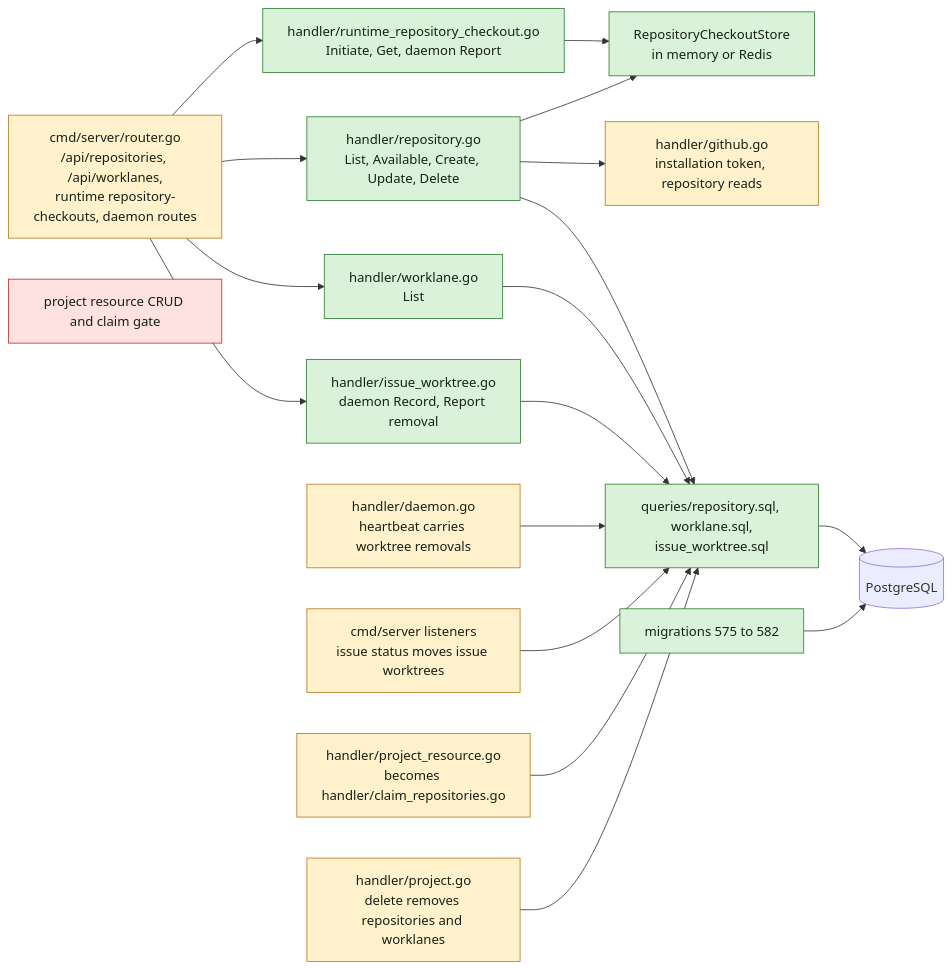
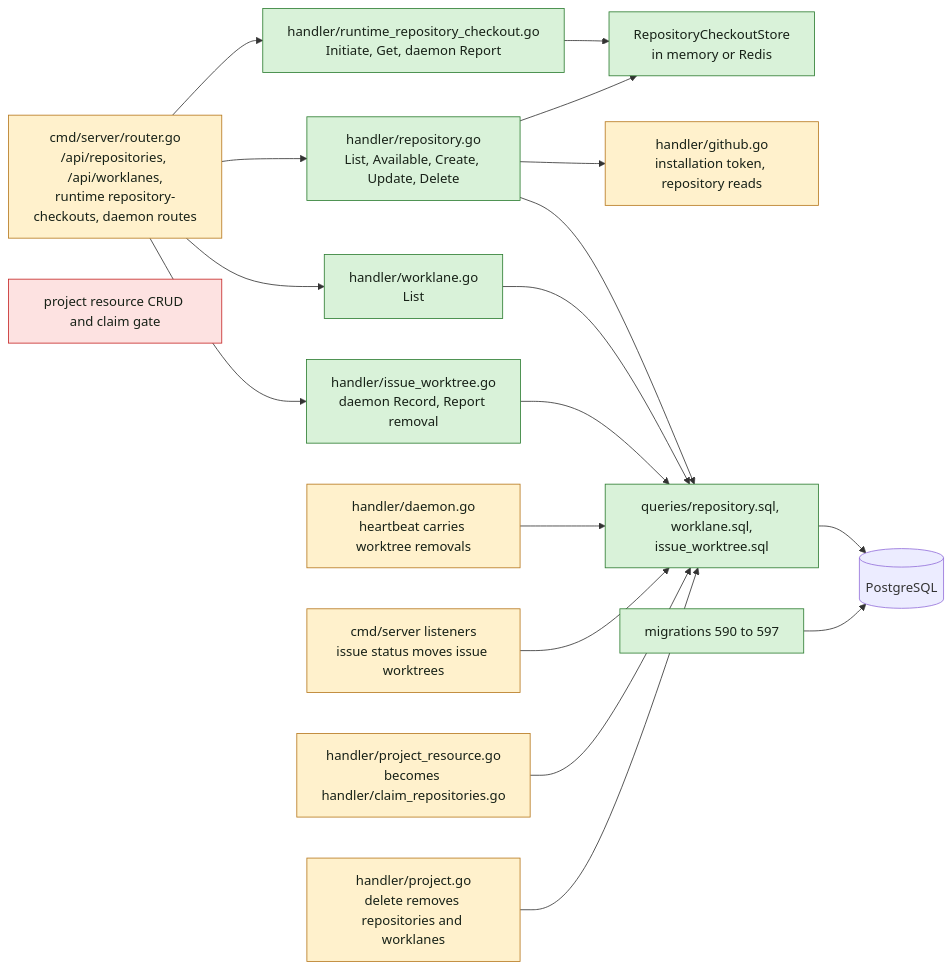
Before and after one commit to appboypov/multica: the second of 7 diagrams in specs/openspec/changes/repositories-of-a-project/design.md, drawn with Mermaid. The commit also changed other lines of this file and 1 other file, not shown here.

Commit message:
docs(specs): number the lanes migrations from 590 (DAS-451)

````diff
--- a/specs/openspec/changes/repositories-of-a-project/design.md
+++ b/specs/openspec/changes/repositories-of-a-project/design.md
@@ -38,33 +38,33 @@
 ```mermaid
 flowchart LR
   classDef new fill:#d9f2d9,stroke:#2e7d32,color:#172117
   classDef changed fill:#fff1cc,stroke:#b7791f,color:#172117
   classDef removed fill:#fde2e1,stroke:#c62828,color:#172117
   router["cmd/server/router.go<br/>/api/repositories, /api/worklanes,<br/>runtime repository-checkouts, daemon routes"]:::changed
   repoh["handler/repository.go<br/>List, Available, Create, Update, Delete"]:::new
   wlh["handler/worklane.go<br/>List"]:::new
   checkh["handler/runtime_repository_checkout.go<br/>Initiate, Get, daemon Report"]:::new
   checkstore["RepositoryCheckoutStore<br/>in memory or Redis"]:::new
   iwh["handler/issue_worktree.go<br/>daemon Record, Report removal"]:::new
   claim["handler/project_resource.go<br/>becomes handler/claim_repositories.go"]:::changed
   resh["project resource CRUD and claim gate"]:::removed
   gh["handler/github.go<br/>installation token, repository reads"]:::changed
   hb["handler/daemon.go<br/>heartbeat carries worktree removals"]:::changed
   lst["cmd/server listeners<br/>issue status moves issue worktrees"]:::changed
   projh["handler/project.go<br/>delete removes repositories and worklanes"]:::changed
   q["queries/repository.sql, worklane.sql,<br/>issue_worktree.sql"]:::new
-  mig["migrations 575 to 582"]:::new
+  mig["migrations 590 to 597"]:::new
   pg[("PostgreSQL")]
 
   router --> repoh --> q --> pg
   router --> wlh --> q
   router --> checkh --> checkstore
   router --> iwh --> q
   repoh --> gh
   repoh --> checkstore
   hb --> q
   lst --> q
   claim --> q
   projh --> q
   mig --> pg
 ```
````
